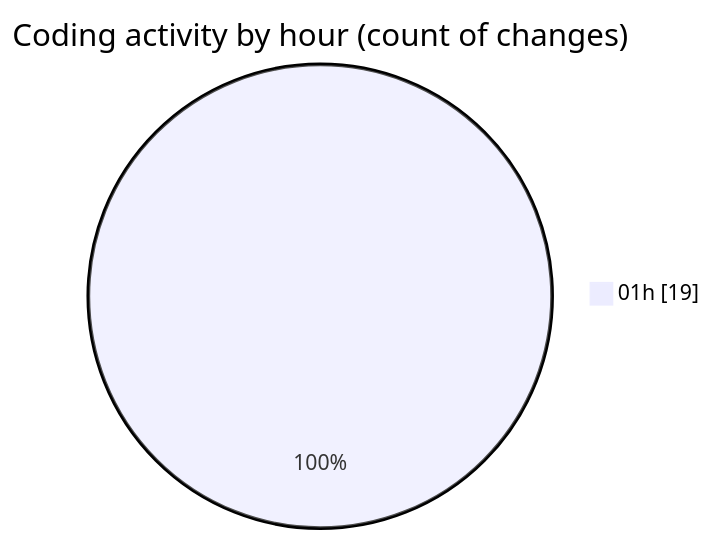
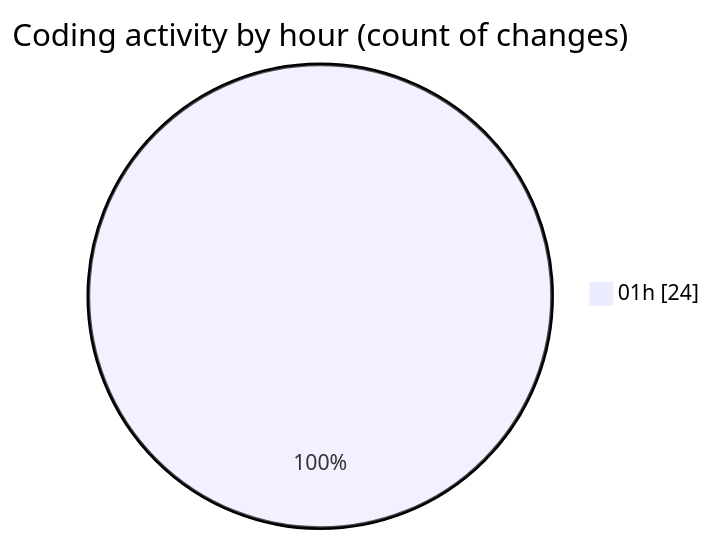
Before and after one commit to Netris89/code-tracking: the second of 2 diagrams in 2025-10-25/skintrack/README.md, drawn with Mermaid. The commit also changed other lines of this file and 1 other file, not shown here.

````diff
--- a/2025-10-25/skintrack/README.md
+++ b/2025-10-25/skintrack/README.md
@@ -30,5 +31,5 @@
 ```mermaid
 pie showData
 title Coding activity by hour (count of changes)
-"01h" : 19
+"01h" : 24
 ```
````
